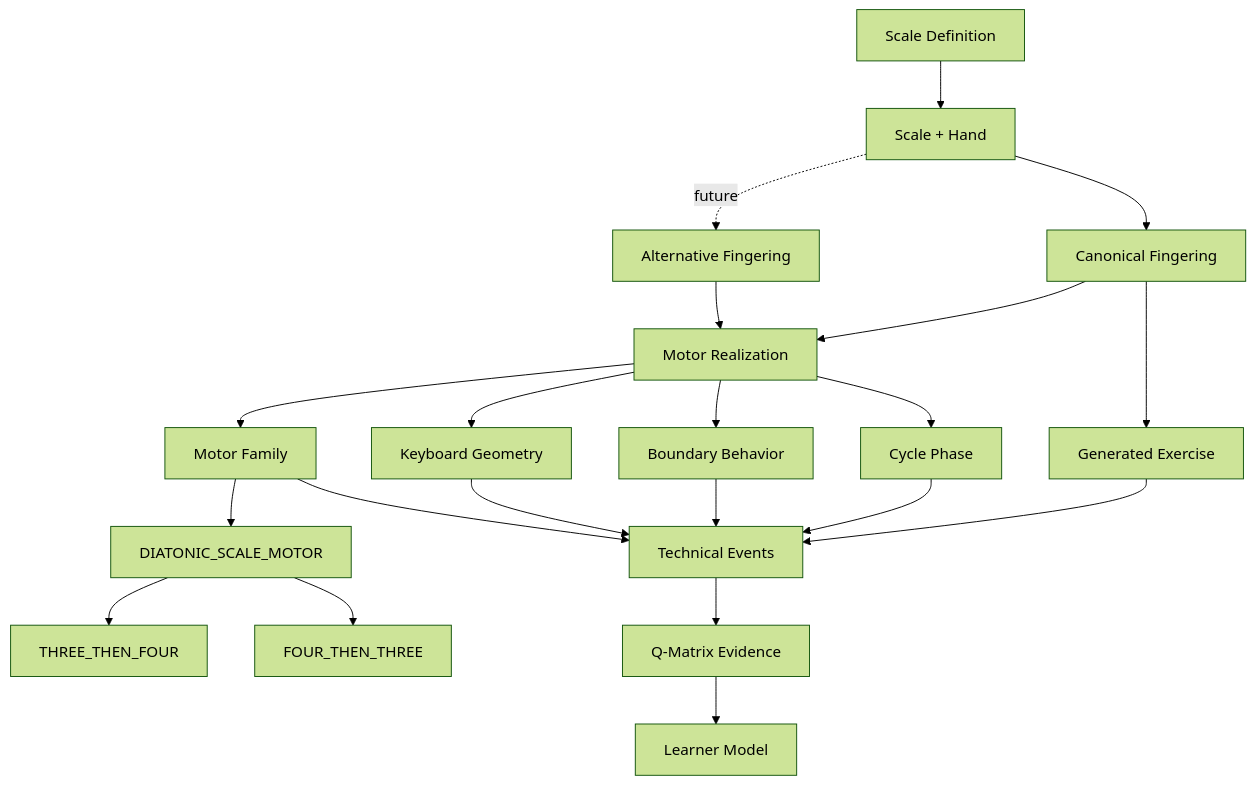
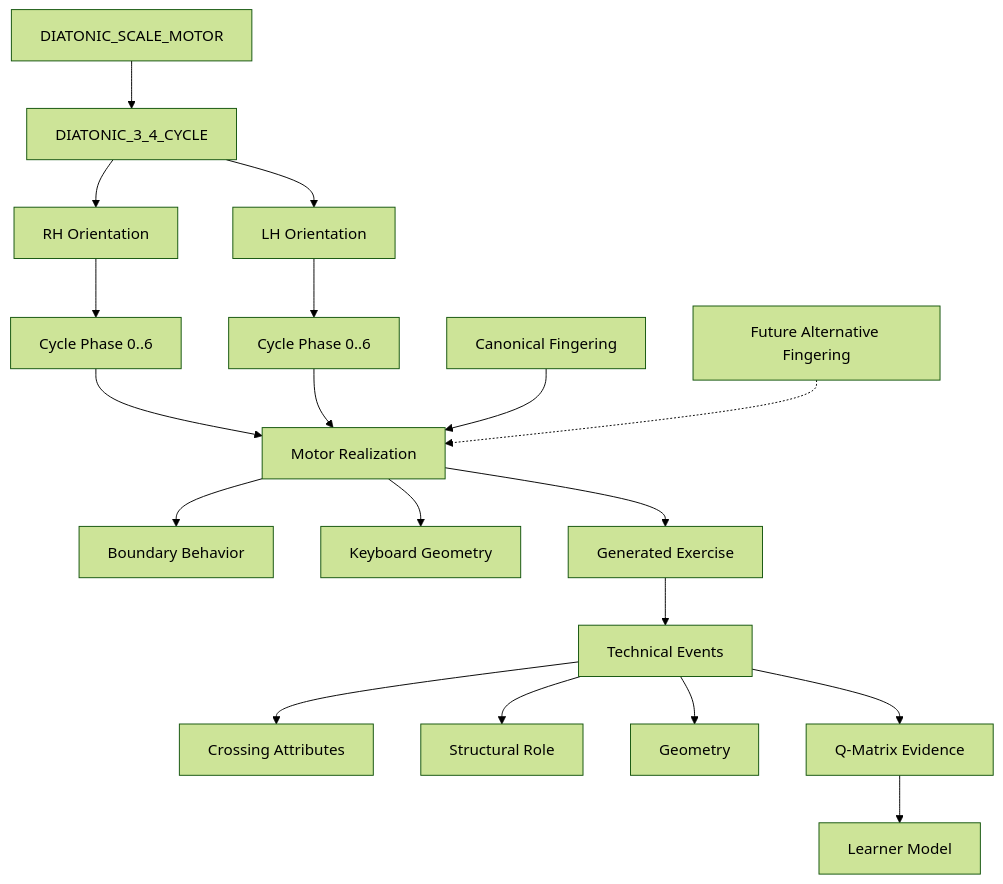
Before and after one commit to EarthmanMuons/keyrecall: the diagram in 2026-08-18-03-scale-motor-taxonomy.md, drawn with Mermaid (forest theme). The commit also changed other lines of this file, not shown here.

Commit message:
Revise our formal motor taxonomy

````diff
--- a/2026-08-18-03-scale-motor-taxonomy.md
+++ b/2026-08-18-03-scale-motor-taxonomy.md
@@ -579,29 +635,29 @@
 ``` mermaid
 flowchart TD
-    S[Scale Definition] --> SH[Scale + Hand]
-    SH --> CF[Canonical Fingering]
-    SH -. future .-> AF[Alternative Fingering]
+    DSM[DIATONIC_SCALE_MOTOR] --> D34[DIATONIC_3_4_CYCLE]
 
-    CF --> MR[Motor Realization]
-    AF --> MR
+    D34 --> RH[RH Orientation]
+    D34 --> LH[LH Orientation]
 
-    MR --> MF[Motor Family]
-    MF --> DSM[DIATONIC_SCALE_MOTOR]
-    DSM --> TF[THREE_THEN_FOUR]
-    DSM --> FT[FOUR_THEN_THREE]
+    RH --> RPH[Cycle Phase 0..6]
+    LH --> LPH[Cycle Phase 0..6]
 
-    MR --> PH[Cycle Phase]
+    RPH --> MR[Motor Realization]
+    LPH --> MR
+
+    CF[Canonical Fingering] --> MR
+    AF[Future Alternative Fingering] -.-> MR
+
     MR --> BD[Boundary Behavior]
     MR --> GEO[Keyboard Geometry]
 
-    CF --> EX[Generated Exercise]
+    MR --> EX[Generated Exercise]
     EX --> TE[Technical Events]
 
-    PH --> TE
-    BD --> TE
-    GEO --> TE
-    MF --> TE
+    TE --> CR[Crossing Attributes]
+    TE --> ST[Structural Role]
+    TE --> GM[Geometry]
 
     TE --> QM[Q-Matrix Evidence]
     QM --> LM[Learner Model]
 ```
````
